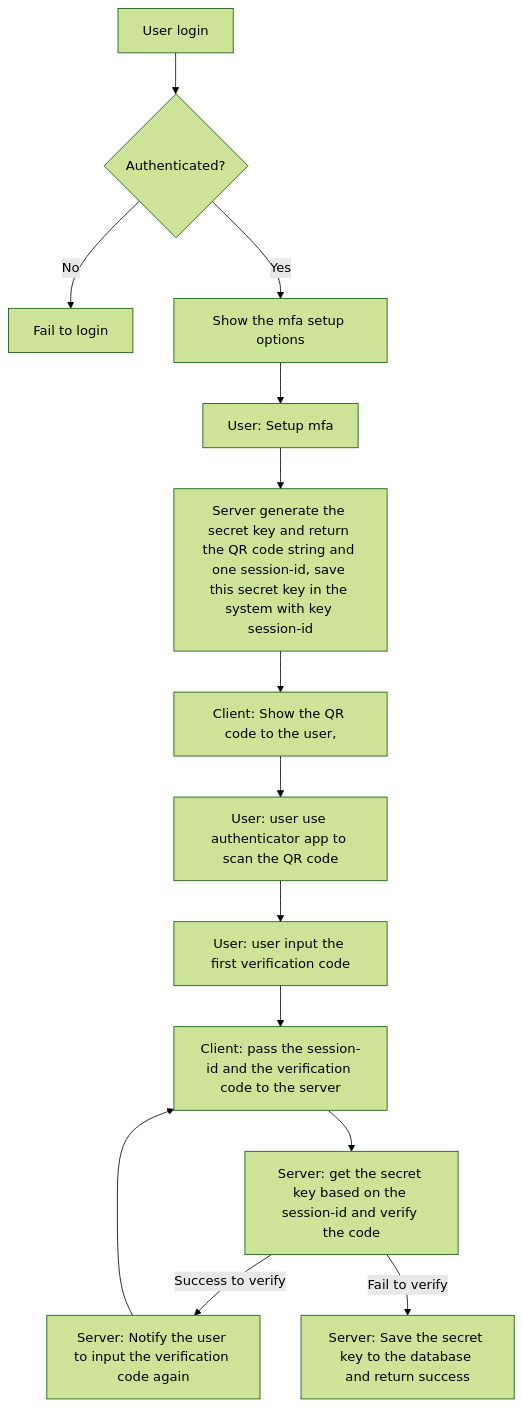
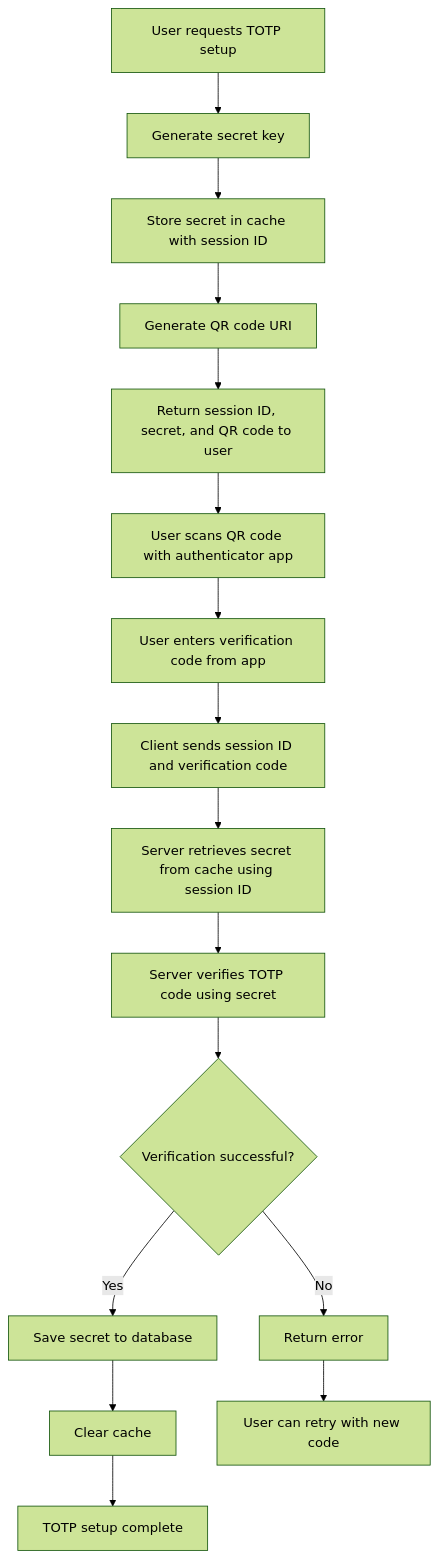
Before and after one commit to clevercastle/auth-forge: the first of 4 diagrams in docs/mfa.md, drawn with Mermaid (forest theme). The commit also changed other lines of this file and 187 other files, not shown here.

````diff
--- a/docs/mfa.md
+++ b/docs/mfa.md
@@ -3,16 +5,18 @@
 ```mermaid
 flowchart TD
-    A[User login] --> B{Authenticated?}
-    B -- No --> Z[Fail to login]
-    B -- Yes --> C[Show the mfa setup options]
-    C --> D[User: Setup mfa]
-    D --> E[Server generate the secret key and return the QR code string and one session-id, save this secret key in the system with key session-id]
-    E --> F[Client: Show the QR code to the user,]
-    F --> G[User: user use authenticator app to scan the QR code]
-    G --> H[User: user input the first verification code]
-    H --> I[Client: pass the session-id and the verification code to the server]
-    I --> J[Server: get the secret key based on the session-id and verify the code]
-    J -- Success to verify --> K[Server: Notify the user to input the verification code again]
-    J -- Fail to verify --> L[Server: Save the secret key to the database and return success]
-    K --> I
+    A[User requests TOTP setup] --> B[Generate secret key]
+    B --> C[Store secret in cache with session ID]
+    C --> D[Generate QR code URI]
+    D --> E[Return session ID, secret, and QR code to user]
+    E --> F[User scans QR code with authenticator app]
+    F --> G[User enters verification code from app]
+    G --> H[Client sends session ID and verification code]
+    H --> I[Server retrieves secret from cache using session ID]
+    I --> J[Server verifies TOTP code using secret]
+    J --> K{Verification successful?}
+    K -- Yes --> L[Save secret to database]
+    K -- No --> M[Return error]
+    L --> N[Clear cache]
+    N --> O[TOTP setup complete]
+    M --> P[User can retry with new code]
 ```
````
